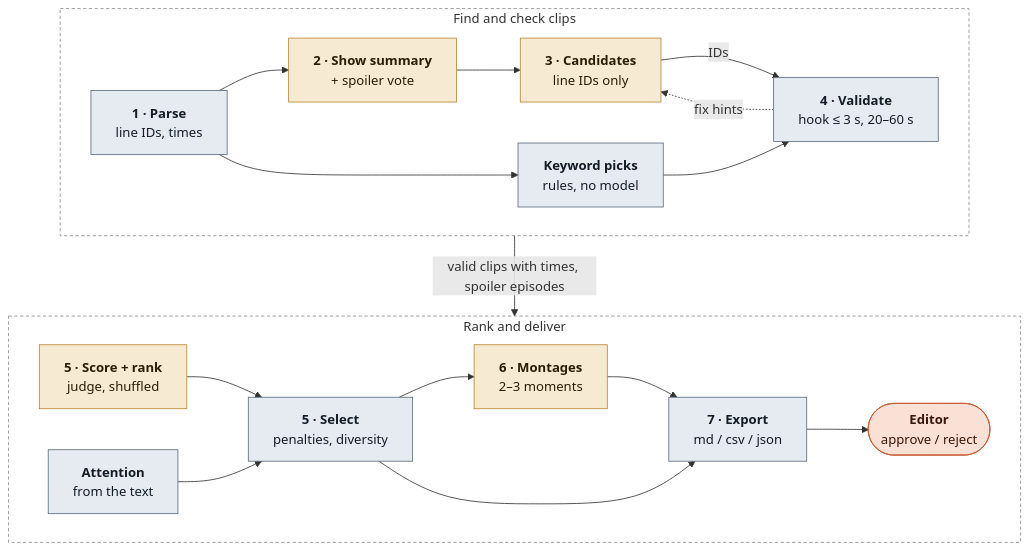
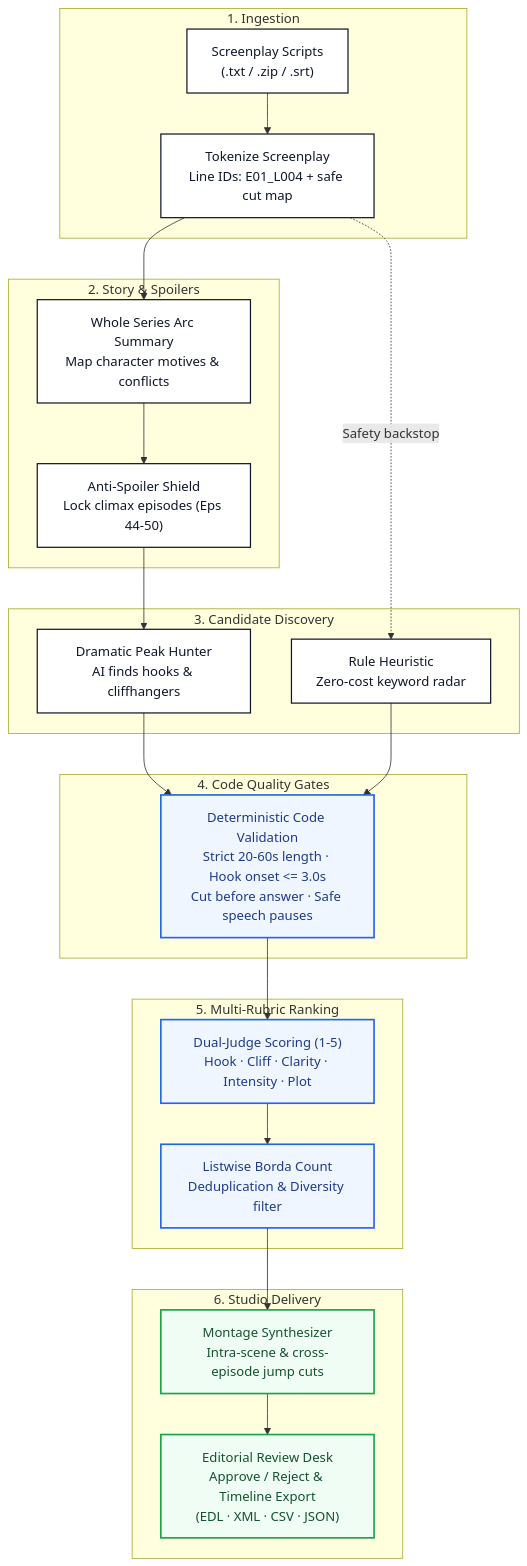
Before and after one commit to krishna5632/HookScene: the diagram in README.md, drawn with Mermaid. The commit also changed other lines of this file and 80 other files, not shown here.

Commit message:
docs(readme): rewrite README in simple words with architecture diagram, correct live URL

````diff
--- a/README.md
+++ b/README.md
@@ -176,29 +41,39 @@
 ```mermaid
-flowchart TB
-    subgraph FIND["Find and check clips"]
-        direction LR
-        P["<b>1 · Parse</b><br/>line IDs, times"] --> SUM["<b>2 · Show summary</b><br/>+ spoiler vote"]
-        SUM --> C["<b>3 · Candidates</b><br/>line IDs only"]
-        C -- "IDs" --> V["<b>4 · Validate</b><br/>hook ≤ 3 s, 20–60 s"]
-        V -. "fix hints" .-> C
-        P --> KW["<b>Keyword picks</b><br/>rules, no model"] --> V
+flowchart TD
+    subgraph IN["1. Ingestion"]
+        A["Screenplay Scripts<br/>(.txt / .zip / .srt)"] --> B["Tokenize Screenplay<br/>Line IDs: E01_L004 + safe cut map"]
     end
-    subgraph RANK["Rank and deliver"]
-        direction LR
-        SC["<b>5 · Score + rank</b><br/>judge, shuffled"] --> SEL["<b>5 · Select</b><br/>penalties, diversity"]
-        AT["<b>Attention</b><br/>from the text"] --> SEL
-        SEL --> M["<b>6 · Montages</b><br/>2–3 moments"] --> E["<b>7 · Export</b><br/>md / csv / json"]
-        SEL --> E
-        E --> ED(["<b>Editor</b><br/>approve / reject"])
+
+    subgraph SAFETY["2. Story & Spoilers"]
+        B --> C["Whole Series Arc Summary<br/>Map character motives & conflicts"]
+        C --> D["Anti-Spoiler Shield<br/>Lock climax episodes (Eps 44-50)"]
     end
-    FIND -- "valid clips with times, spoiler episodes" --> RANK
 
-    classDef model fill:#f7ead2,stroke:#b8862f,color:#2a1d05
-    classDef code fill:#e6ebf1,stroke:#5b6b7d,color:#141b24
-    classDef editor fill:#fbe1d5,stroke:#c85a32,color:#3a1608
-    class SUM,C,SC,M model
-    class P,KW,V,AT,SEL,E code
-    class ED editor
-    style FIND fill:none,stroke:#8b8b8b,stroke-dasharray:4 3
-    style RANK fill:none,stroke:#8b8b8b,stroke-dasharray:4 3
+    subgraph DISCOVERY["3. Candidate Discovery"]
+        D --> E["Dramatic Peak Hunter<br/>AI finds hooks & cliffhangers"]
+        B -. "Safety backstop" .-> F["Rule Heuristic<br/>Zero-cost keyword radar"]
+    end
+
+    subgraph CODE_GATES["4. Code Quality Gates"]
+        E --> G["Deterministic Code Validation<br/>Strict 20-60s length · Hook onset <= 3.0s<br/>Cut before answer · Safe speech pauses"]
+        F --> G
+    end
+
+    subgraph SCORING["5. Multi-Rubric Ranking"]
+        G --> H["Dual-Judge Scoring (1-5)<br/>Hook · Cliff · Clarity · Intensity · Plot"]
+        H --> I["Listwise Borda Count<br/>Deduplication & Diversity filter"]
+    end
+
+    subgraph EXPORT["6. Studio Delivery"]
+        I --> J["Montage Synthesizer<br/>Intra-scene & cross-episode jump cuts"]
+        J --> K["Editorial Review Desk<br/>Approve / Reject & Timeline Export<br/>(EDL · XML · CSV · JSON)"]
+    end
+
+    classDef stage fill:#FFFFFF,stroke:#0F172A,stroke-width:1.5px,color:#0F172A;
+    classDef gate fill:#EFF6FF,stroke:#2563EB,stroke-width:2px,color:#1E3A8A;
+    classDef delivery fill:#F0FDF4,stroke:#16A34A,stroke-width:2px,color:#14532D;
+
+    class A,B,C,D,E,F stage;
+    class G,H,I gate;
+    class J,K delivery;
 ```
````
